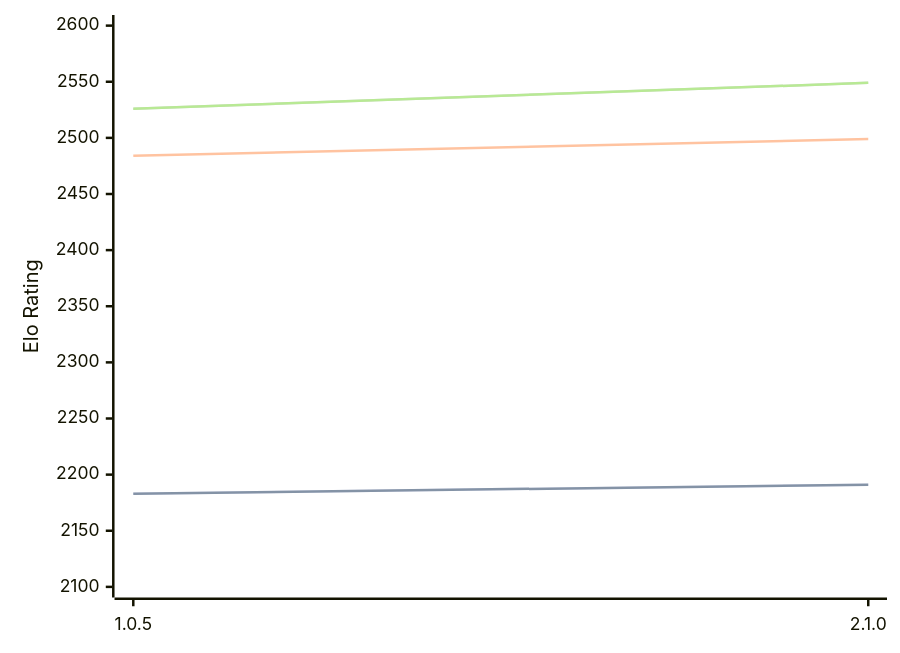
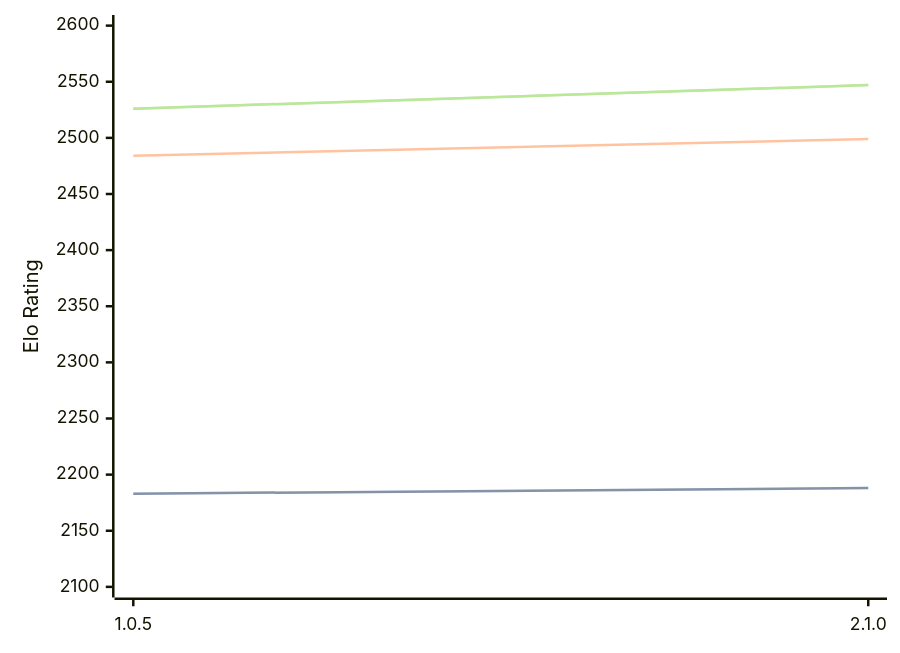
The diagram in engines/Ruffian.md (computer-chess-index/cci), drawn with Mermaid before and after one commit. The commit also changed other lines of this file, not shown here.

Commit message:
Update CCI Ratings (ELO VLTC) - 2026-03-16

````diff
--- a/engines/Ruffian.md
+++ b/engines/Ruffian.md
@@ -30,11 +30,11 @@
 ```mermaid
 %%{init: {"theme":"base","themeVariables":{"seriesColors:['#a3a3a3','#222221','#faa371']}}}%%
 xychart-beta
   x-axis ["1.0.5", "2.1.0"]
   y-axis "Elo Rating" 2100 --> 2600
-  line "STC (8.0+0.08s)" [2183, 2191]
-  line "STC (8.0+0.08s)" [2183, 2191]
+  line "STC (8.0+0.08s)" [2183, 2188]
+  line "STC (8.0+0.08s)" [2183, 2188]
   line "LTC (60.0+0.60s)" [2484, 2499]
-  line "VLTC (2m24s+1.12s)" [2526, 2549]
-  line "VLTC (2m24s+1.12s)" [2526, 2549]
+  line "VLTC (2m24s+1.12s)" [2526, 2547]
+  line "VLTC (2m24s+1.12s)" [2526, 2547]
 ```
````
